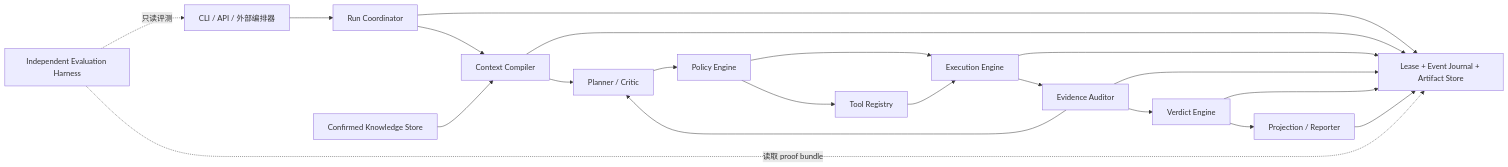
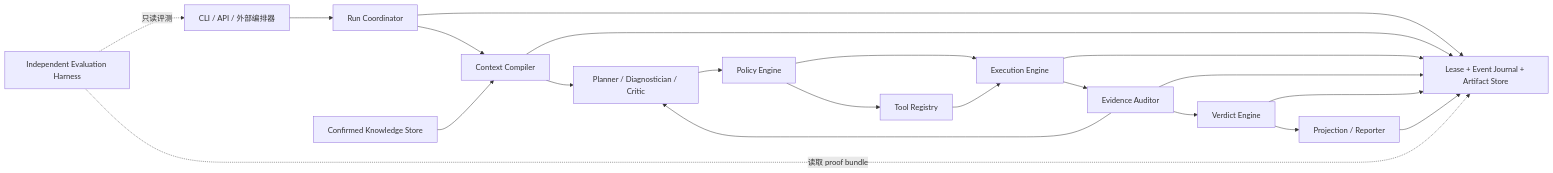
The diagram in docs/architecture/agent-v2.md (Hoshino-wind/automated-qa-test), drawn with Mermaid before and after one commit. The commit also changed other lines of this file and 109 other files, not shown here.

````diff
--- a/docs/architecture/agent-v2.md
+++ b/docs/architecture/agent-v2.md
@@ -64,23 +81,23 @@
 ```mermaid
 flowchart LR
     UI["CLI / API / 外部编排器"] --> RC["Run Coordinator"]
     RC --> CC["Context Compiler"]
-    CC --> PC["Planner / Critic"]
+    CC --> PC["Planner / Diagnostician / Critic"]
     PC --> PE["Policy Engine"]
     PE --> TR["Tool Registry"]
     PE --> EX["Execution Engine"]
     TR --> EX
     EX --> EA["Evidence Auditor"]
     EA --> PC
     EA --> VE["Verdict Engine"]
     VE --> PR["Projection / Reporter"]
     RC --> AS["Lease + Event Journal + Artifact Store"]
     CC --> AS
     EX --> AS
     EA --> AS
     VE --> AS
     PR --> AS
     KM["Confirmed Knowledge Store"] --> CC
     EH["Independent Evaluation Harness"] -.只读评测.-> UI
     EH -.读取 proof bundle.-> AS
 ```
````
